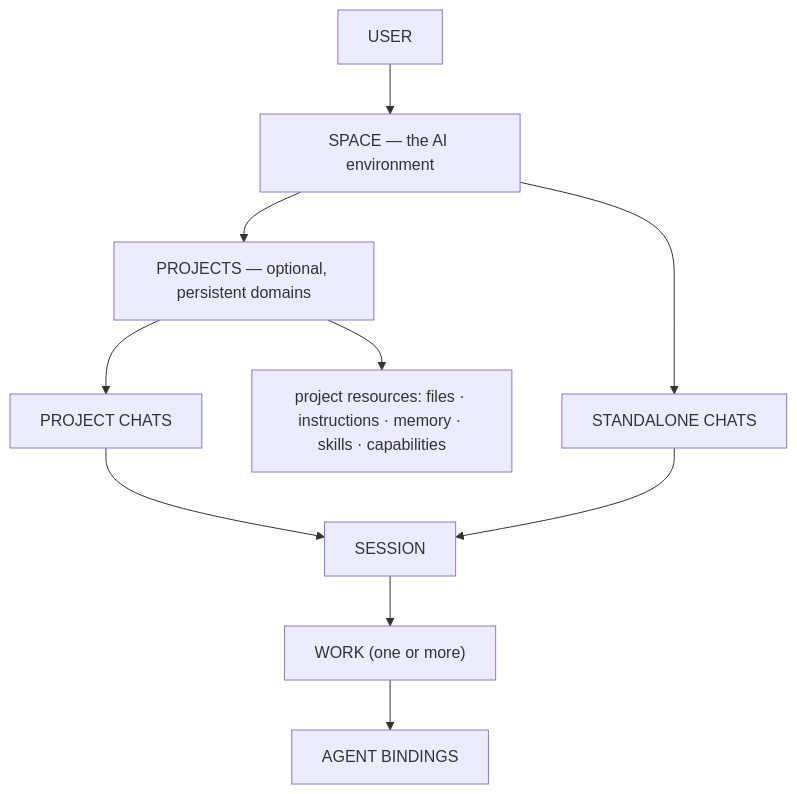
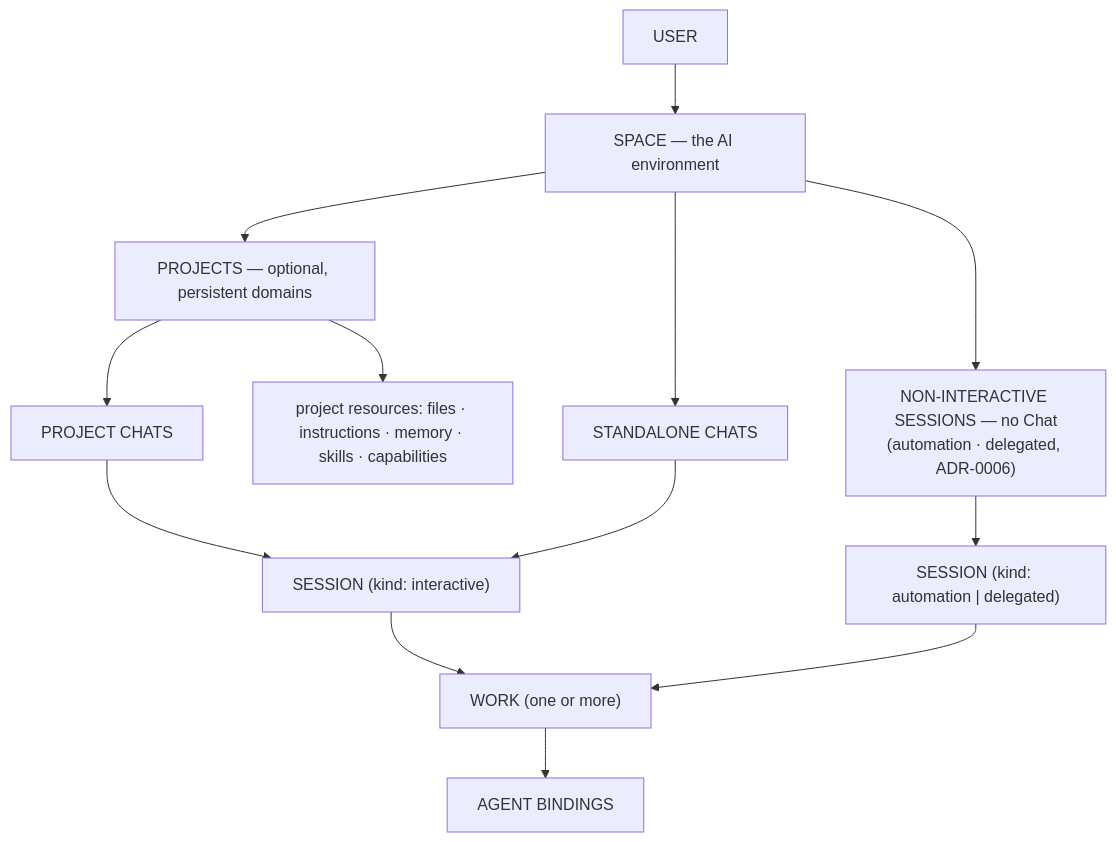
One commit to sarv-projects/EveryAIOS changed the diagram in ARCH/SESSION.md. Above: the diagram before and after it, drawn with Mermaid. The commit also changed other lines of this file and 35 other files, not shown here.

````diff
--- a/ARCH/SESSION.md
+++ b/ARCH/SESSION.md
@@ -37,12 +50,15 @@
 ```mermaid
 flowchart TD
     U["USER"] --> SP["SPACE — the AI environment"]
     SP --> PJ["PROJECTS — optional, persistent domains"]
     SP --> SC["STANDALONE CHATS"]
+    SP --> NS["NON-INTERACTIVE SESSIONS — no Chat<br/>(automation · delegated, ADR-0006)"]
     PJ --> PC["PROJECT CHATS"]
     PJ --> PR["project resources: files · instructions · memory · skills · capabilities"]
-    PC --> SE["SESSION"]
+    PC --> SE["SESSION (kind: interactive)"]
     SC --> SE
+    NS --> SEN["SESSION (kind: automation | delegated)"]
     SE --> WK["WORK (one or more)"]
+    SEN --> WK
     WK --> AB["AGENT BINDINGS"]
 ```
````
